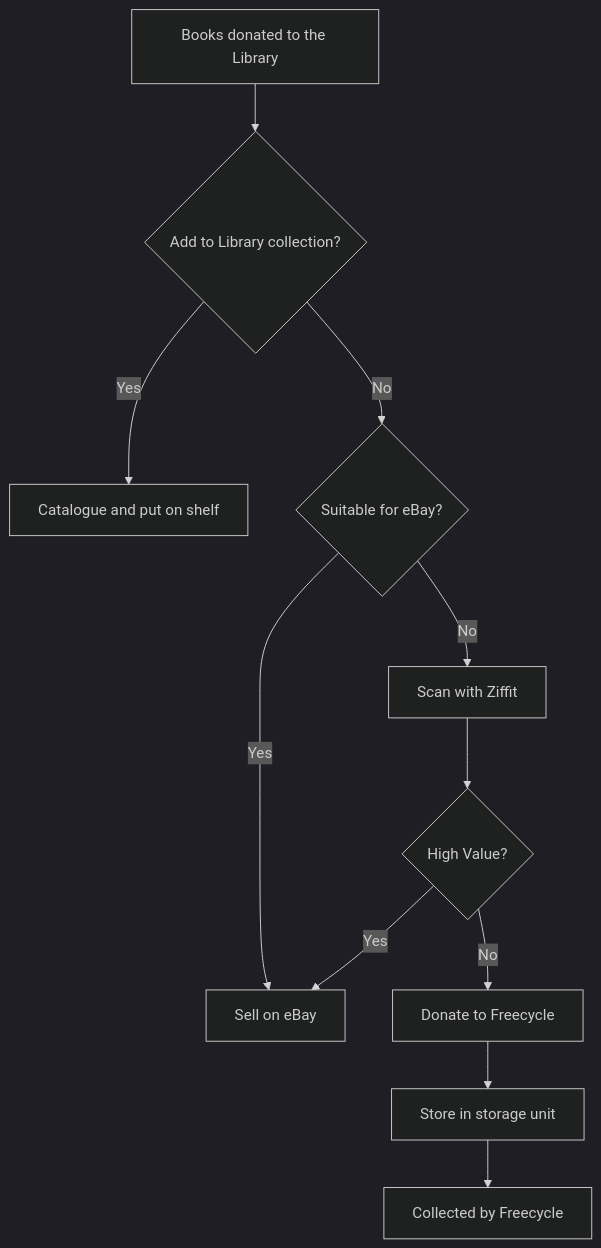
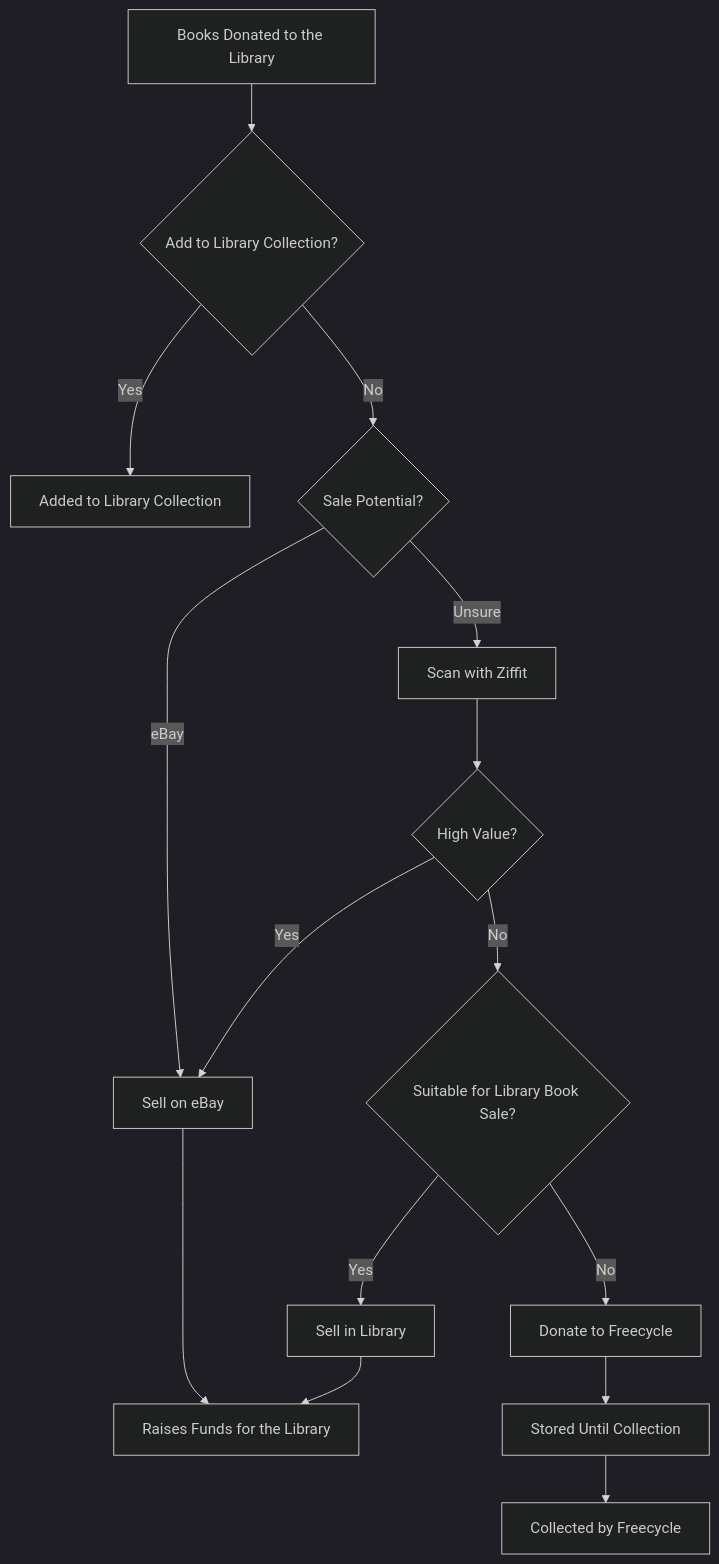
Before and after one commit to pa5411/nhcl: the diagram in content/Donate/donate-books.md, drawn with Mermaid (dark theme).

Commit message:
add library book sale to mermaid diagram

```diff
--- a/content/Donate/donate-books.md
+++ b/content/Donate/donate-books.md
@@ -32,24 +32,30 @@
         {{< mermaid >}}
 
-            flowchart TD
+          flowchart TD
 
-                A[Books donated to the Library] --> B{Add to Library collection?}
+              A[Books Donated to the Library] --> B{Add to Library Collection?}
 
-                B -->|Yes| C[Catalogue and put on shelf]
+              B -->|Yes| C[Added to Library Collection]
 
-                B -->|No| D{Suitable for eBay?}
+              B -->|No| D{Sale Potential?}
 
-                D -->|Yes| E[Sell on eBay]
+              D -->|eBay| E[Sell on eBay]
 
-                D -->|No| F[Scan with Ziffit]
+              D -->|Unsure| F[Scan with Ziffit]
 
-                F --> G{High Value?}
+              F --> G{High Value?}
 
-                G -->|Yes| E
+              G -->|Yes| E
 
-                G -->|No| H[Donate to Freecycle]
+              G -->|No| H{Suitable for Library Book Sale?}
 
-                H --> I[Store in storage unit]
+              H -->|Yes| I[Sell in Library]
 
-                I --> J[Collected by Freecycle]
+              H -->|No| J[Donate to Freecycle]
+
+              E --> K[Raises Funds for the Library]
+              I --> K
+
+              J --> L[Stored Until Collection]
+              L --> M[Collected by Freecycle]
         {{< /mermaid >}}
```
